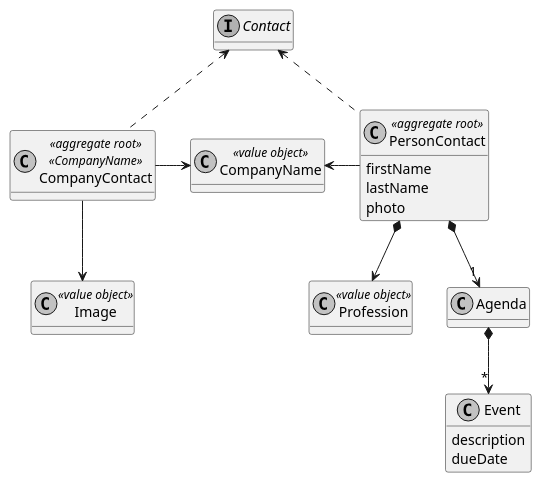
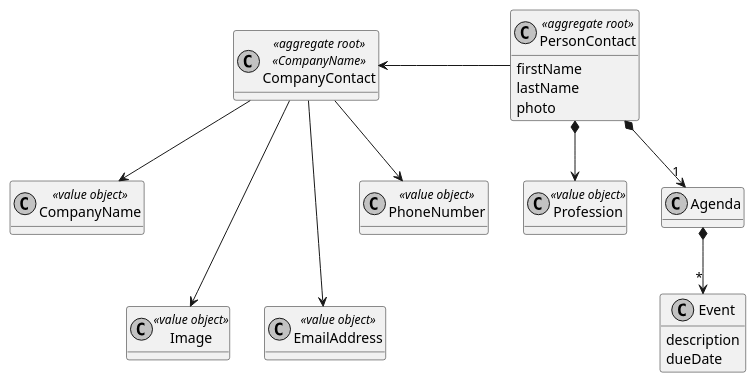
Before and after one commit to MikeTekOn/lapr4-2017-2dd: the diagram in src/main/java/lapr4/green/s2/core/n1150738/contacts/us10.1.2_concept_classes.puml, drawn with PlantUML. The commit also changed 9 other files, not shown here.

```diff
--- a/src/main/java/lapr4/green/s2/core/n1150738/contacts/us10.1.2_concept_classes.puml
+++ b/src/main/java/lapr4/green/s2/core/n1150738/contacts/us10.1.2_concept_classes.puml
@@ -1,37 +1,41 @@
 @startuml us10.1.2_concept_classes.png
 
 skinparam monochrome true
 skinparam packageStyle rect
 skinparam shadowing false
 
 hide methods
 class CompanyName <<value object>>
 class Profession <<value object>>
 class CompanyContact <<aggregate root>> <<CompanyName>>
 class Image  <<value object>>
-interface Contact
+class EmailAddress  <<value object>>
+class PhoneNumber  <<value object>>
+
 class PersonContact <<aggregate root>> {
     firstName
     lastName
     photo
 }
 
 class Agenda {
 }
 
 class Event {
     description
     dueDate
 }
 
-Contact <.. CompanyContact
-Contact <.. PersonContact
-CompanyContact -> CompanyName
-CompanyContact --> Image
-CompanyName <-  PersonContact
+CompanyContact <-  PersonContact
+CompanyContact --> CompanyName
+CompanyContact ---> Image
+CompanyContact ---> EmailAddress
+CompanyContact --> PhoneNumber
+
+
 PersonContact *--> Profession
 PersonContact *--> "1" Agenda
 Agenda *--> "*" Event
 
 
 @enduml
```
